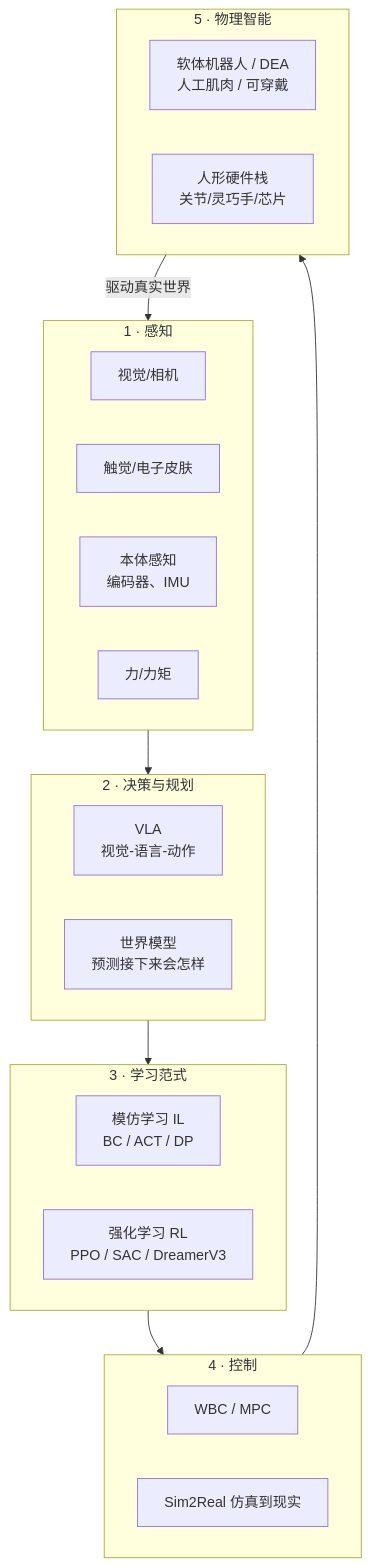
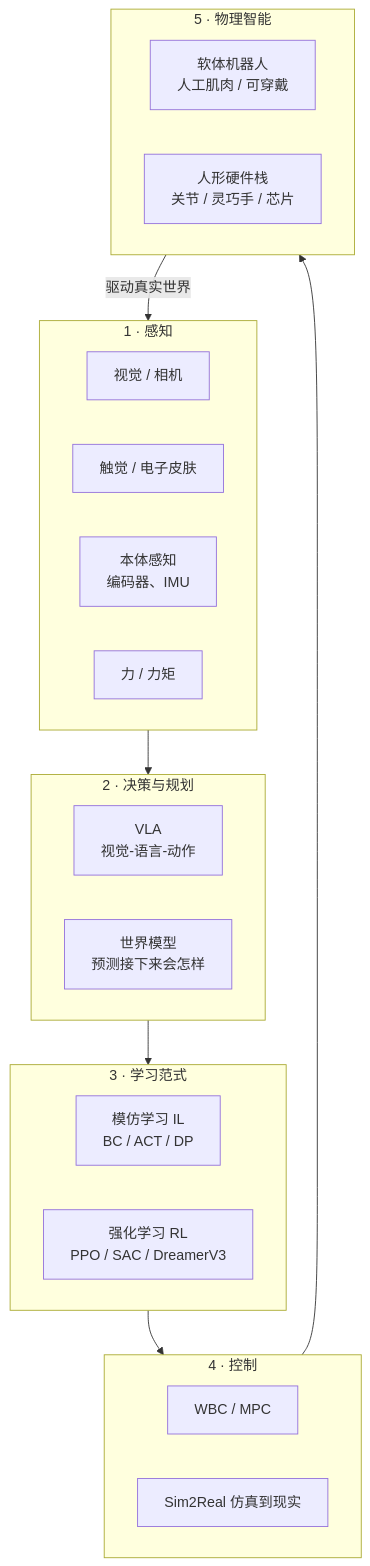
Before and after one commit to zizhengwang2026/Embodied-Intelligence-Learning: the second of 2 diagrams in study-log/2026-08-15-lecture-01-zh.md, drawn with Mermaid. The commit also changed other lines of this file, not shown here.

````diff
--- a/study-log/2026-08-15-lecture-01-zh.md
+++ b/study-log/2026-08-15-lecture-01-zh.md
@@ -57,27 +55,27 @@
 ```mermaid
 flowchart TD
     subgraph SENSE[1 · 感知]
-        V[视觉/相机]
-        T[触觉/电子皮肤]
+        V[视觉 / 相机]
+        T[触觉 / 电子皮肤]
         P2[本体感知<br/>编码器、IMU]
-        F[力/力矩]
+        F[力 / 力矩]
     end
     subgraph DECIDE[2 · 决策与规划]
         VLA[VLA<br/>视觉-语言-动作]
         WM[世界模型<br/>预测接下来会怎样]
     end
     subgraph LEARN[3 · 学习范式]
         IL[模仿学习 IL<br/>BC / ACT / DP]
         RL[强化学习 RL<br/>PPO / SAC / DreamerV3]
     end
     subgraph CONTROL[4 · 控制]
         WBC[WBC / MPC]
         SR[Sim2Real 仿真到现实]
     end
     subgraph BODY[5 · 物理智能]
-        SOFT[软体机器人 / DEA<br/>人工肌肉 / 可穿戴]
-        HW[人形硬件栈<br/>关节/灵巧手/芯片]
+        SOFT[软体机器人<br/>人工肌肉 / 可穿戴]
+        HW[人形硬件栈<br/>关节 / 灵巧手 / 芯片]
     end
     SENSE --> DECIDE --> LEARN --> CONTROL --> BODY
     BODY -->|驱动真实世界| SENSE
 ```
````
